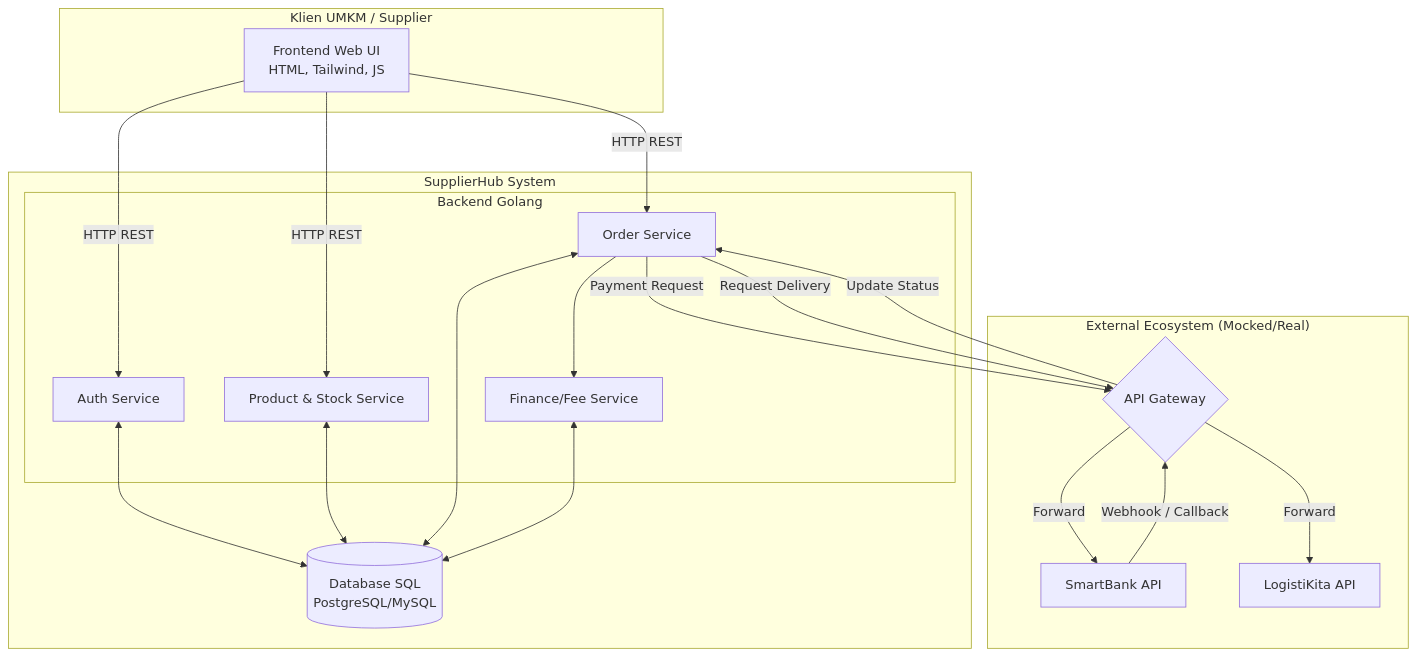
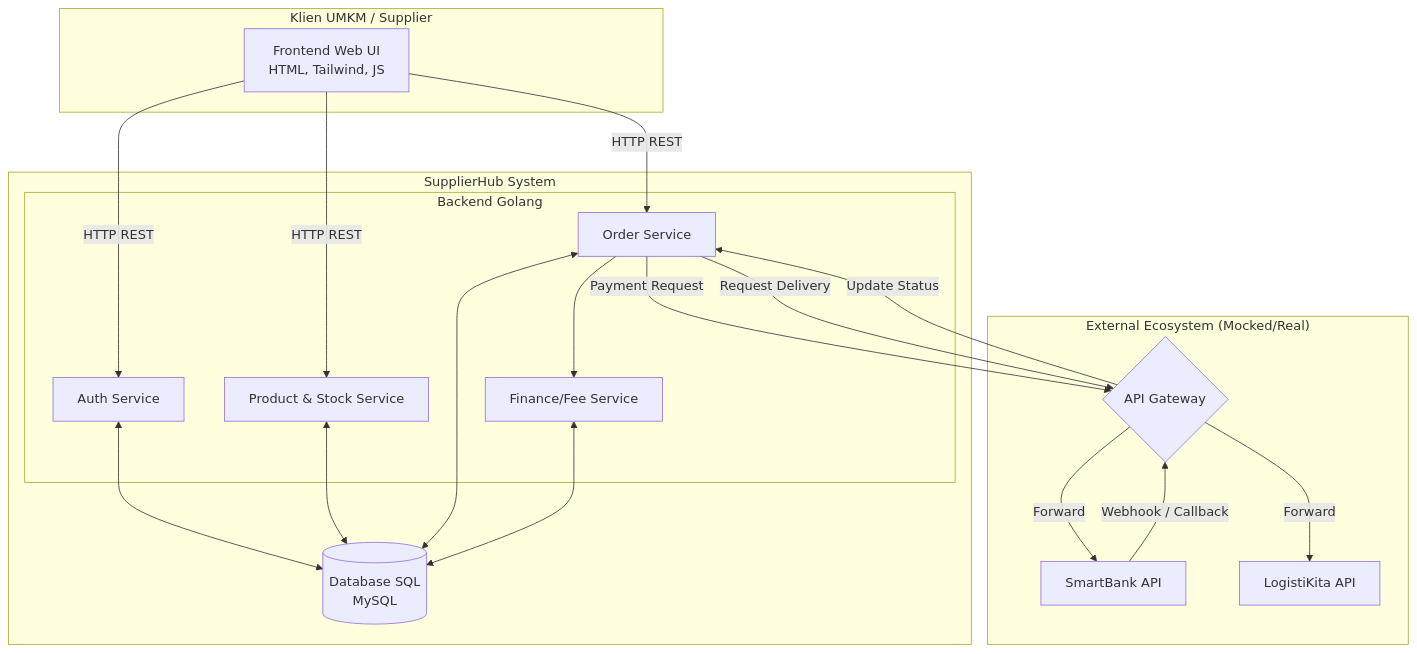
Before and after one commit to sprint-projcet/SUPPLIER-HUB: the second of 2 diagrams in readme.md, drawn with Mermaid. The commit also changed other lines of this file, not shown here.

````diff
--- a/readme.md
+++ b/readme.md
@@ -81,44 +81,44 @@
 ```mermaid
 graph TD
     subgraph "Klien UMKM / Supplier"
         UI[Frontend Web UI<br>HTML, Tailwind, JS]
     end
 
     subgraph "SupplierHub System"
         subgraph "Backend Golang"
             API_Auth[Auth Service]
             API_Product[Product & Stock Service]
             API_Order[Order Service]
             API_Finance[Finance/Fee Service]
         end
-        DB[(Database SQL<br>PostgreSQL/MySQL)]
+        DB[(Database SQL<br>MySQL)]
     end
 
     subgraph "External Ecosystem (Mocked/Real)"
         GW{API Gateway}
         Bank[SmartBank API]
         Logistik[LogistiKita API]
     end
 
     %% Relasi Internal
     UI -->|HTTP REST| API_Auth
     UI -->|HTTP REST| API_Product
     UI -->|HTTP REST| API_Order
 
     API_Auth <--> DB
     API_Product <--> DB
     API_Order <--> DB
     API_Finance <--> DB
 
     API_Order --> API_Finance
 
     %% Relasi Eksternal
     API_Order -->|Payment Request| GW
     GW -->|Forward| Bank
 
     Bank -->|Webhook / Callback| GW
     GW -->|Update Status| API_Order
 
     API_Order -->|Request Delivery| GW
     GW -->|Forward| Logistik
 ```
````
